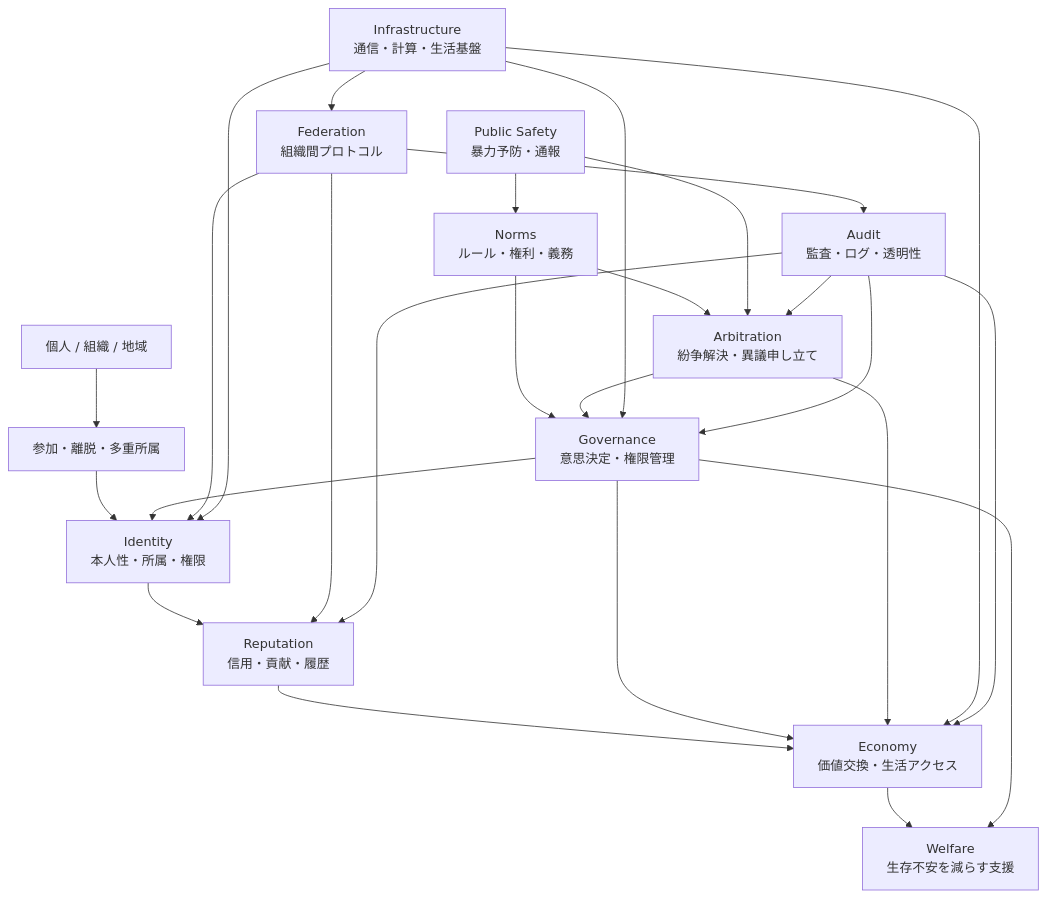
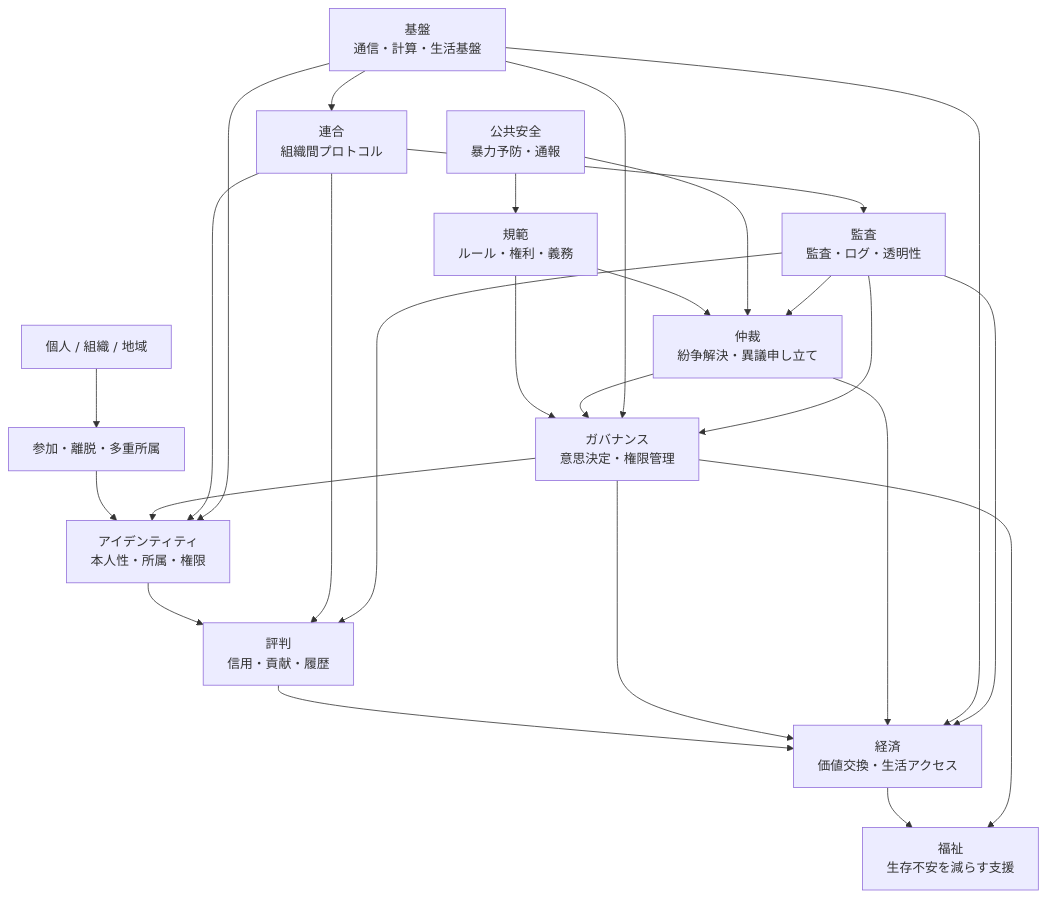
One commit to acecore-systems/world-foundation changed the diagram in assets/diagrams/01-cooperation-foundation-layers.md. Above: the diagram before and after it, drawn with Mermaid. The commit also changed other lines of this file and 47 other files, not shown here.

````diff
--- a/assets/diagrams/01-cooperation-foundation-layers.md
+++ b/assets/diagrams/01-cooperation-foundation-layers.md
@@ -5,54 +5,54 @@
 ```mermaid
 flowchart TB
   People["個人 / 組織 / 地域"]
   Interface["参加・離脱・多重所属"]
-  Identity["Identity<br/>本人性・所属・権限"]
-  Reputation["Reputation<br/>信用・貢献・履歴"]
-  Economy["Economy<br/>価値交換・生活アクセス"]
-  Welfare["Welfare<br/>生存不安を減らす支援"]
-  Governance["Governance<br/>意思決定・権限管理"]
-  Arbitration["Arbitration<br/>紛争解決・異議申し立て"]
-  Infrastructure["Infrastructure<br/>通信・計算・生活基盤"]
-  Audit["Audit<br/>監査・ログ・透明性"]
-  Norms["Norms<br/>ルール・権利・義務"]
-  PublicSafety["Public Safety<br/>暴力予防・通報"]
-  Federation["Federation<br/>組織間プロトコル"]
+  アイデンティティ["アイデンティティ<br/>本人性・所属・権限"]
+  評判["評判<br/>信用・貢献・履歴"]
+  経済["経済<br/>価値交換・生活アクセス"]
+  福祉["福祉<br/>生存不安を減らす支援"]
+  ガバナンス["ガバナンス<br/>意思決定・権限管理"]
+  仲裁["仲裁<br/>紛争解決・異議申し立て"]
+  基盤["基盤<br/>通信・計算・生活基盤"]
+  監査["監査<br/>監査・ログ・透明性"]
+  規範["規範<br/>ルール・権利・義務"]
+  PublicSafety["公共安全<br/>暴力予防・通報"]
+  連合["連合<br/>組織間プロトコル"]
 
   People --> Interface
-  Interface --> Identity
-  Identity --> Reputation
-  Reputation --> Economy
-  Economy --> Welfare
-  Governance --> Identity
-  Governance --> Economy
-  Governance --> Welfare
-  Norms --> Governance
-  Norms --> Arbitration
-  Arbitration --> Governance
-  Arbitration --> Economy
-  PublicSafety --> Arbitration
-  PublicSafety --> Norms
-  Federation --> Identity
-  Federation --> Reputation
-  Federation --> Audit
-  Infrastructure --> Identity
-  Infrastructure --> Governance
-  Infrastructure --> Economy
-  Infrastructure --> Federation
-  Audit --> Governance
-  Audit --> Economy
-  Audit --> Arbitration
-  Audit --> Reputation
+  Interface --> アイデンティティ
+  アイデンティティ --> 評判
+  評判 --> 経済
+  経済 --> 福祉
+  ガバナンス --> アイデンティティ
+  ガバナンス --> 経済
+  ガバナンス --> 福祉
+  規範 --> ガバナンス
+  規範 --> 仲裁
+  仲裁 --> ガバナンス
+  仲裁 --> 経済
+  PublicSafety --> 仲裁
+  PublicSafety --> 規範
+  連合 --> アイデンティティ
+  連合 --> 評判
+  連合 --> 監査
+  基盤 --> アイデンティティ
+  基盤 --> ガバナンス
+  基盤 --> 経済
+  基盤 --> 連合
+  監査 --> ガバナンス
+  監査 --> 経済
+  監査 --> 仲裁
+  監査 --> 評判
 
-  click Identity "../../modules/ja/identity/README.md" "Identity"
-  click Reputation "../../modules/ja/reputation/README.md" "Reputation"
-  click Economy "../../modules/ja/economy/README.md" "Economy"
-  click Welfare "../../modules/ja/welfare/README.md" "Welfare"
-  click Governance "../../modules/ja/governance/README.md" "Governance"
-  click Arbitration "../../modules/ja/arbitration/README.md" "Arbitration"
-  click Infrastructure "../../modules/ja/infrastructure/README.md" "Infrastructure"
-  click Audit "../../modules/ja/audit/README.md" "Audit"
-  click Norms "../../modules/ja/norms/README.md" "Norms"
-  click PublicSafety "../../modules/ja/public-safety/README.md" "Public Safety"
-  click Federation "../../modules/ja/federation/README.md" "Federation"
+  click アイデンティティ "../../modules/ja/identity/README.md" "アイデンティティ"
+  click 評判 "../../modules/ja/reputation/README.md" "評判"
+  click 経済 "../../modules/ja/economy/README.md" "経済"
+  click 福祉 "../../modules/ja/welfare/README.md" "福祉"
+  click ガバナンス "../../modules/ja/governance/README.md" "ガバナンス"
+  click 仲裁 "../../modules/ja/arbitration/README.md" "仲裁"
+  click 基盤 "../../modules/ja/infrastructure/README.md" "基盤"
+  click 監査 "../../modules/ja/audit/README.md" "監査"
+  click 規範 "../../modules/ja/norms/README.md" "規範"
+  click PublicSafety "../../modules/ja/public-safety/README.md" "公共安全"
+  click 連合 "../../modules/ja/federation/README.md" "連合"
 ```
````
